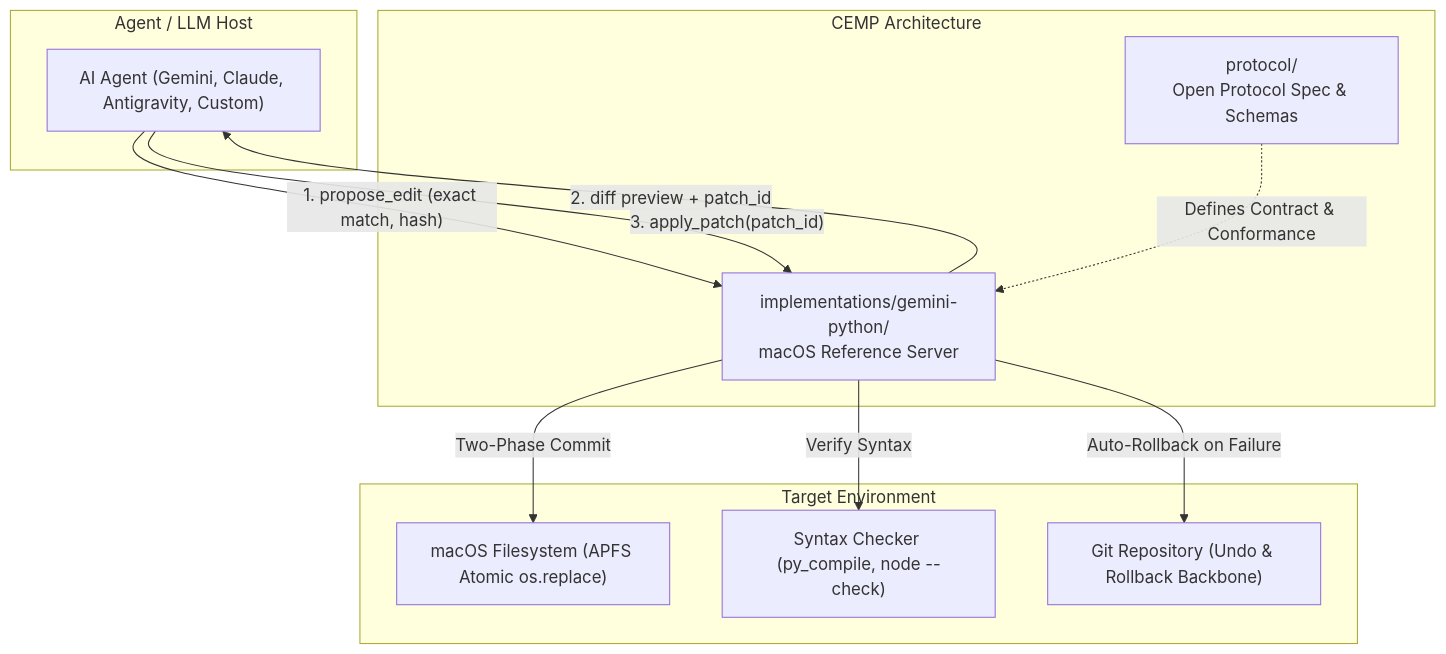
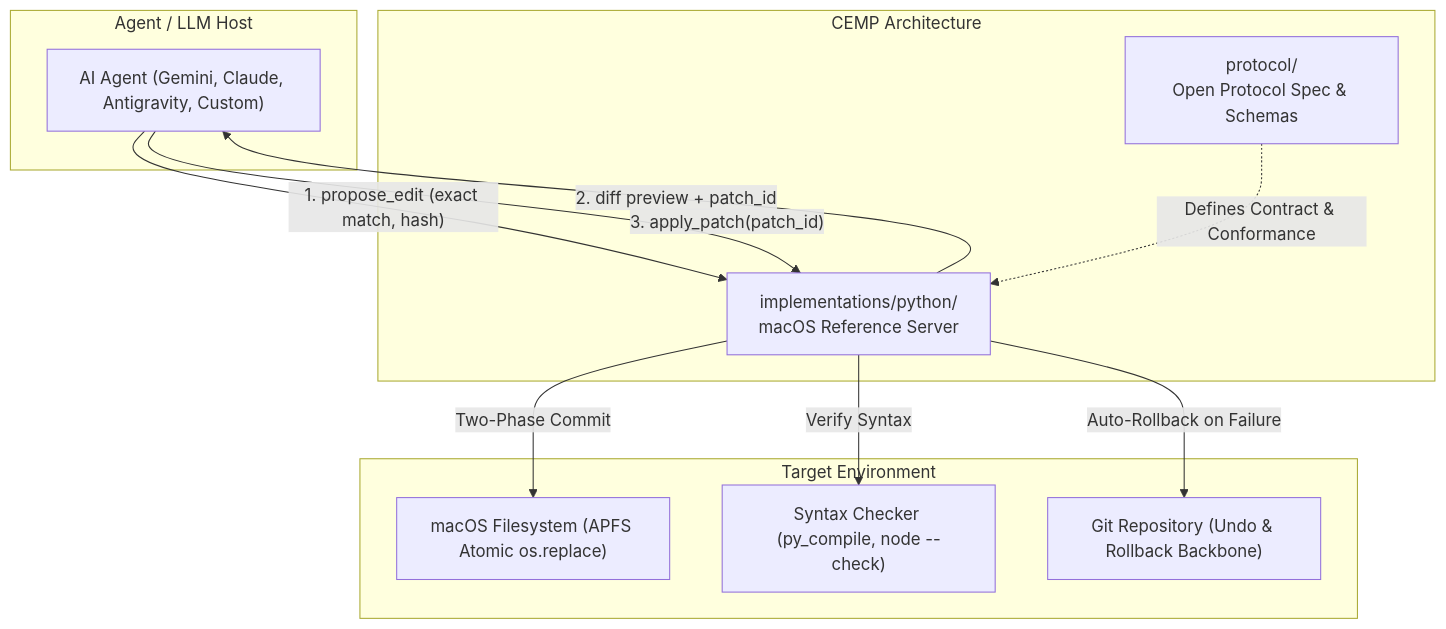
The diagram in README.md (korakotlee/CEMP), drawn with Mermaid before and after one commit. The commit also changed other lines of this file and 11 other files, not shown here.

````diff
--- a/README.md
+++ b/README.md
@@ -48,25 +34,25 @@
 ```mermaid
 flowchart TD
     subgraph Host ["Agent / LLM Host"]
         Agent["AI Agent (Gemini, Claude, Antigravity, Custom)"]
     end
 
     subgraph CEMP ["CEMP Architecture"]
         Spec["protocol/<br/>Open Protocol Spec & Schemas"]
-        Impl["implementations/gemini-python/<br/>macOS Reference Server"]
+        Impl["implementations/python/<br/>macOS Reference Server"]
     end
 
     subgraph System ["Target Environment"]
         FS["macOS Filesystem (APFS Atomic os.replace)"]
         Git["Git Repository (Undo & Rollback Backbone)"]
         Syntax["Syntax Checker (py_compile, node --check)"]
     end
 
     Agent -->|"1. propose_edit (exact match, hash)"| Impl
     Impl -->|"2. diff preview + patch_id"| Agent
     Agent -->|"3. apply_patch(patch_id)"| Impl
     Impl -->|"Two-Phase Commit"| FS
     Impl -->|"Verify Syntax"| Syntax
     Impl -->|"Auto-Rollback on Failure"| Git
     Spec -.->|"Defines Contract & Conformance"| Impl
 ```
````
